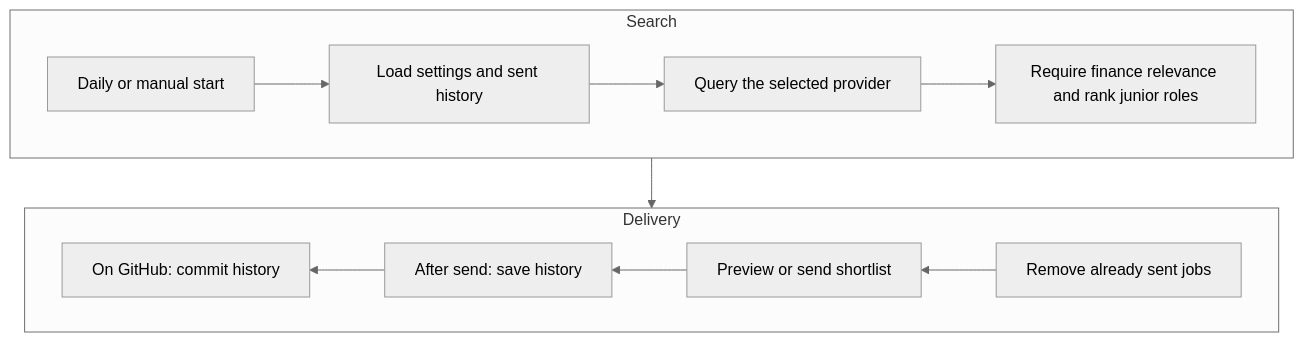
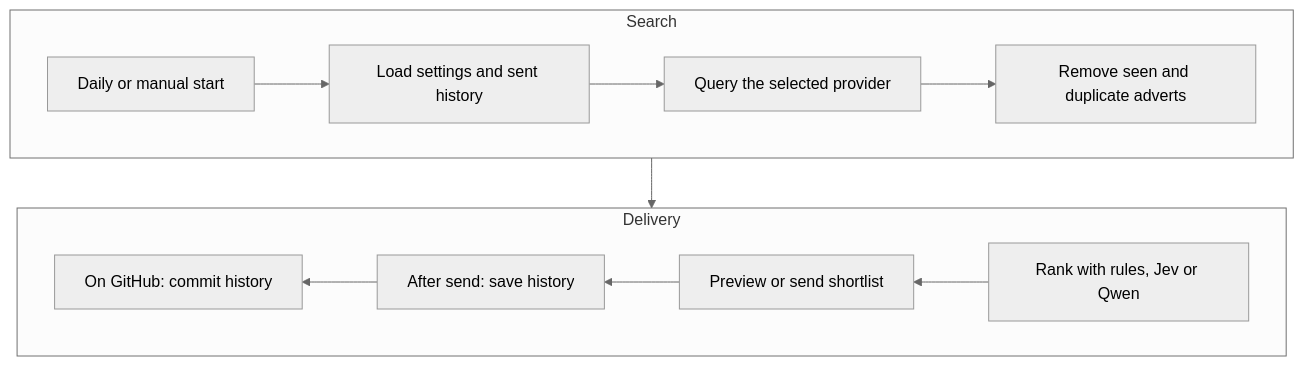
The diagram in README.md (NnamdiOdozi/Adzuna_jobs_bot), drawn with Mermaid (neutral theme) before and after one commit. The commit also changed other lines of this file and 15 other files, not shown here.

````diff
--- a/README.md
+++ b/README.md
@@ -18,16 +20,16 @@
 ```mermaid
 flowchart TB
   subgraph first[Search]
     direction LR
     A[Daily or manual start] --> B[Load settings and sent history]
     B --> C[Query the selected provider]
-    C --> D[Require finance relevance and rank junior roles]
+    C --> D[Remove seen and duplicate adverts]
   end
   subgraph second[Delivery]
     direction RL
-    E[Remove already sent jobs] --> F[Preview or send shortlist]
+    E[Rank with rules, Jev or Qwen] --> F[Preview or send shortlist]
     F --> G[After send: save history]
     G --> H[On GitHub: commit history]
   end
   D --> E
 ```
````
